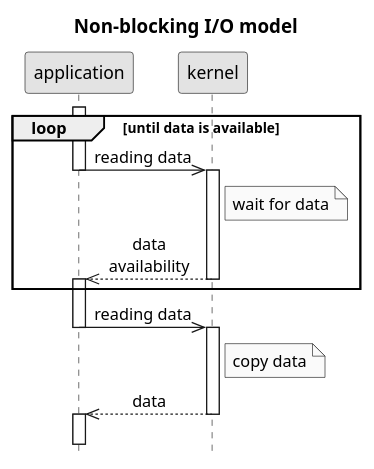
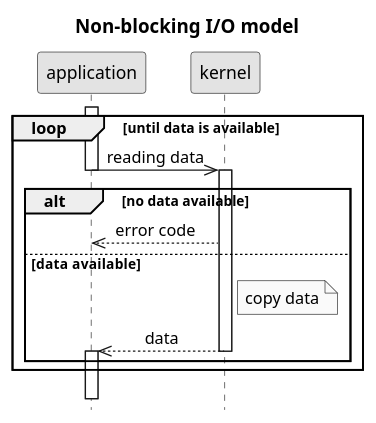
Before and after one commit to c0p4c4b4n4/demo-sockets-io-nio-nio2: the diagram in .images/non-blocking IO model.puml, drawn with PlantUML. The commit also changed 1 other file, not shown here.

```diff
--- a/.images/non-blocking IO model.puml
+++ b/.images/non-blocking IO model.puml
@@ -1,26 +1,23 @@
 @startuml
 title Non-blocking I/O model
 hide footbox
 skinparam monochrome true
 skinparam defaultFontName Microsoft Sans Serif
 skinparam titleFontSize 15
 skinparam sequenceMessageAlign center
 activate application
 loop until data is available
     application->>kernel: reading data
     deactivate application
     activate kernel
-    Note right of kernel: wait for data
-    kernel-->>application: data\navailability
-    deactivate kernel
-    activate application
+    alt no data available
+        kernel-->>application: error code
+    else data  available
+        Note right of kernel: copy data
+        kernel-->>application: data
+        deactivate kernel
+        activate application
+    end
 end
-application->>kernel: reading data
-deactivate application
-activate kernel
-Note right of kernel: copy data
-kernel-->>application: data
-deactivate kernel
-activate application
 ||15||
 @enduml
```
